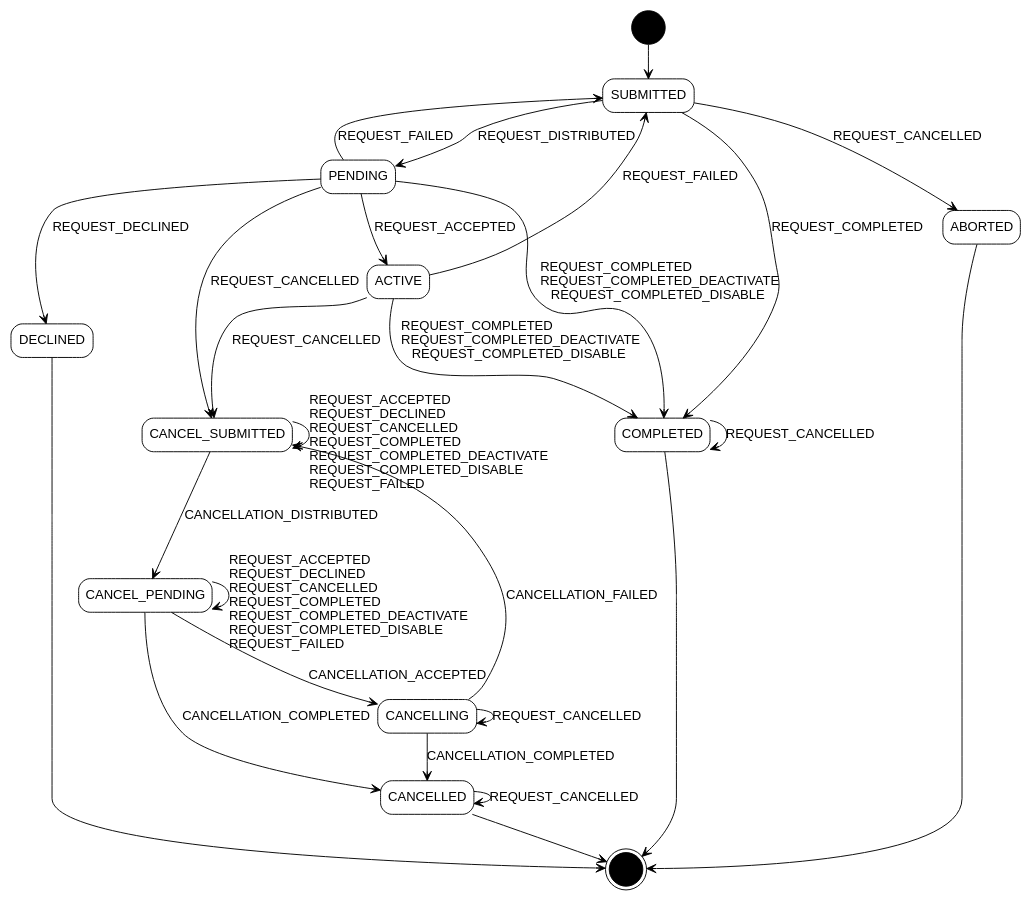
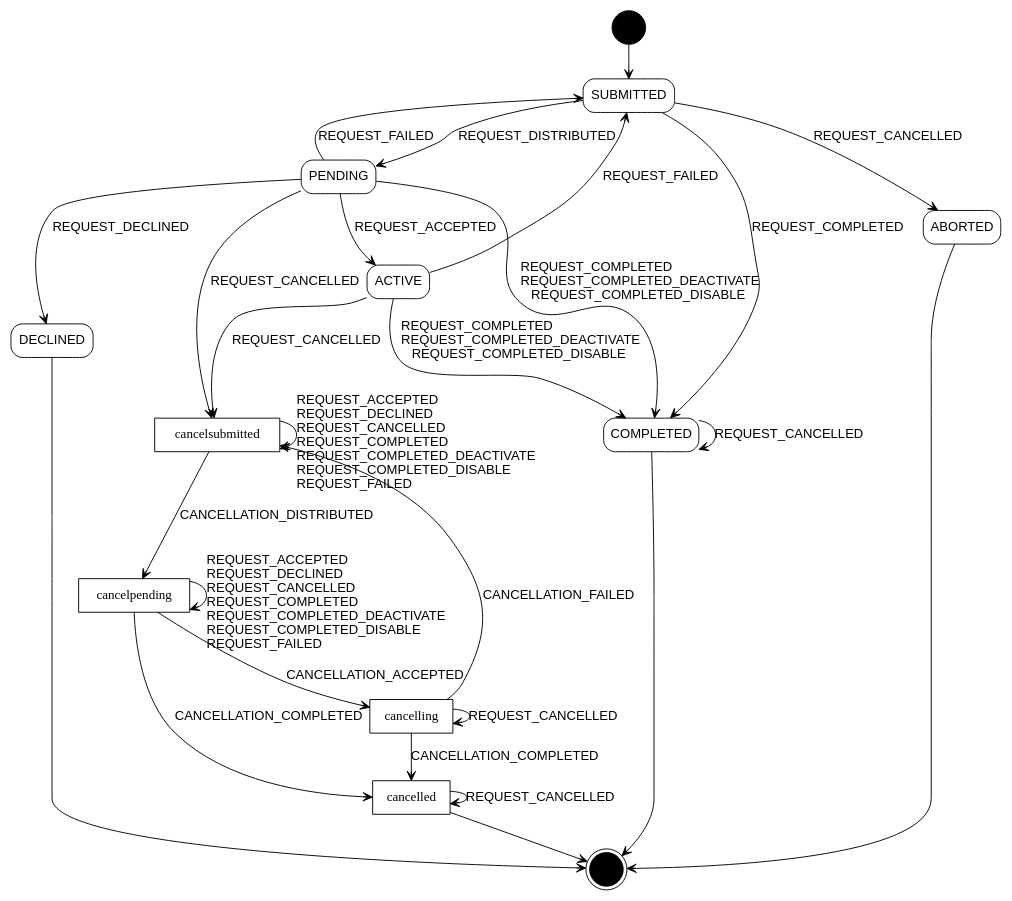
One commit to ONSdigital/rm-action-service changed the diagram in diagrams/actionstates.dot. Above: the diagram before and after it, drawn with Graphviz. The commit also changed 9 other files, not shown here.

```diff
--- a/diagrams/actionstates.dot
+++ b/diagrams/actionstates.dot
@@ -1,46 +1,42 @@
 /* Action service action states. Run using dot -Tpng actionstates.dot > actionstates.png */
 /* See https://fsteeg.wordpress.com/2006/11/16/uml-activity-diagrams-with-graphviz/ */
 digraph actionstates {
     size="20,20";
     edge[arrowhead=open]
     node [shape=rectangle];
     start[shape=circle, label="", fillcolor=black, style=filled]
     end[shape=doublecircle, label="", fillcolor=black, style=filled]
     submitted[label="SUBMITTED", fontname="helvetica", style=rounded]
     pending[label="PENDING", fontname="helvetica", style=rounded]
     active[label="ACTIVE", fontname="helvetica", style=rounded]
     declined[label="DECLINED", fontname="helvetica", style=rounded]
     completed[label="COMPLETED", fontname="helvetica", style=rounded]
     aborted[label="ABORTED", fontname="helvetica", style=rounded]
-    cancelsubmitted[label="CANCEL_SUBMITTED", fontname="helvetica", style=rounded]
-    cancelpending[label="CANCEL_PENDING", fontname="helvetica", style=rounded]
-    cancelling[label="CANCELLING", fontname="helvetica", style=rounded]
-    cancelled[label="CANCELLED", fontname="helvetica", style=rounded]
 
     start -> submitted
     submitted -> completed[fontname="helvetica", label="REQUEST_COMPLETED"]
     submitted -> pending[fontname="helvetica", label="REQUEST_DISTRIBUTED"]
     submitted -> aborted[fontname="helvetica", label="REQUEST_CANCELLED"]
     pending -> declined[fontname="helvetica", label="REQUEST_DECLINED"]
     pending -> active[fontname="helvetica", label="REQUEST_ACCEPTED"]
     pending -> completed[fontname="helvetica", label="REQUEST_COMPLETED\lREQUEST_COMPLETED_DEACTIVATE\lREQUEST_COMPLETED_DISABLE"]
     pending -> submitted[fontname="helvetica", label="REQUEST_FAILED"]
     pending -> cancelsubmitted[fontname="helvetica", label="REQUEST_CANCELLED"]
     active -> submitted[fontname="helvetica", label="REQUEST_FAILED"]
     active -> cancelsubmitted[fontname="helvetica", label="REQUEST_CANCELLED"]
     active -> completed[fontname="helvetica", label="REQUEST_COMPLETED\lREQUEST_COMPLETED_DEACTIVATE\lREQUEST_COMPLETED_DISABLE"]
     cancelsubmitted -> cancelpending[fontname="helvetica", label="CANCELLATION_DISTRIBUTED"]
     cancelsubmitted -> cancelsubmitted[fontname="helvetica", label="\lREQUEST_ACCEPTED\lREQUEST_DECLINED\lREQUEST_CANCELLED\lREQUEST_COMPLETED\lREQUEST_COMPLETED_DEACTIVATE\lREQUEST_COMPLETED_DISABLE\lREQUEST_FAILED\l"]
     cancelpending -> cancelling[fontname="helvetica", label="CANCELLATION_ACCEPTED"]
     cancelpending -> cancelled[fontname="helvetica", label="CANCELLATION_COMPLETED"]
     cancelpending -> cancelpending[fontname="helvetica", label="\lREQUEST_ACCEPTED\lREQUEST_DECLINED\lREQUEST_CANCELLED\lREQUEST_COMPLETED\lREQUEST_COMPLETED_DEACTIVATE\lREQUEST_COMPLETED_DISABLE\lREQUEST_FAILED\l"]
     cancelling -> cancelled[fontname="helvetica", label="CANCELLATION_COMPLETED"]
     cancelling -> cancelling[fontname="helvetica", label="REQUEST_CANCELLED"]
     cancelling -> cancelsubmitted[fontname="helvetica", label="CANCELLATION_FAILED"]
     completed -> completed[fontname="helvetica", label="REQUEST_CANCELLED"]
     cancelled -> cancelled[fontname="helvetica", label="REQUEST_CANCELLED"]
     aborted -> end
     completed -> end
     declined-> end
     cancelled -> end
 }
```
